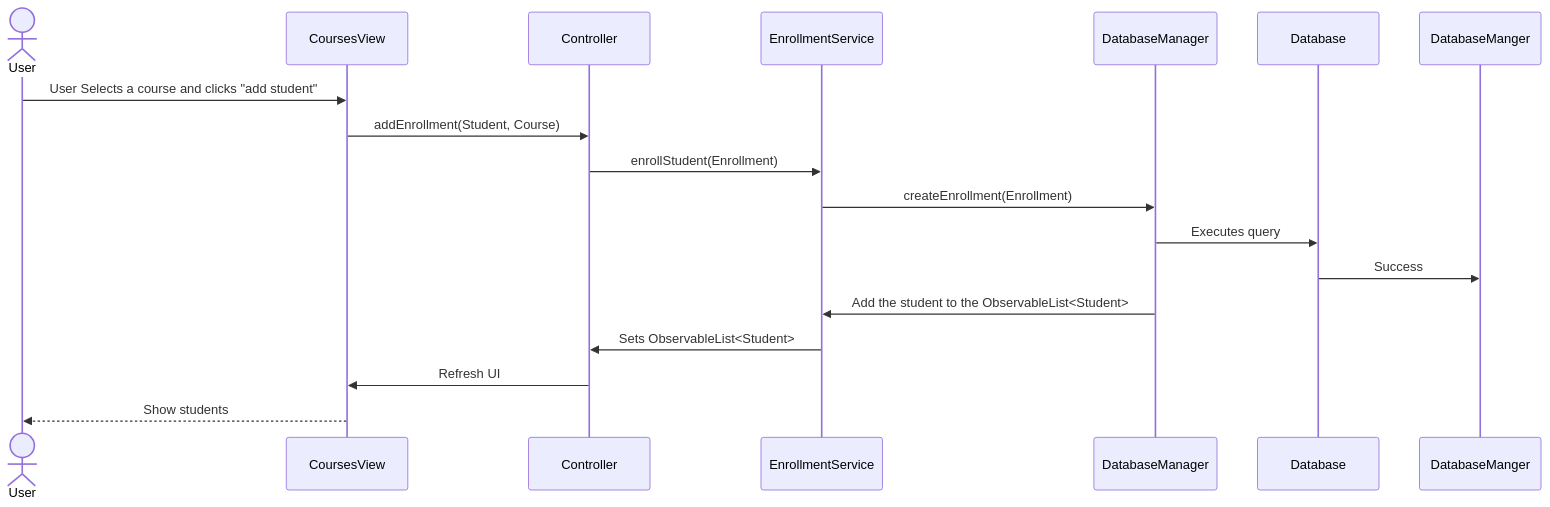
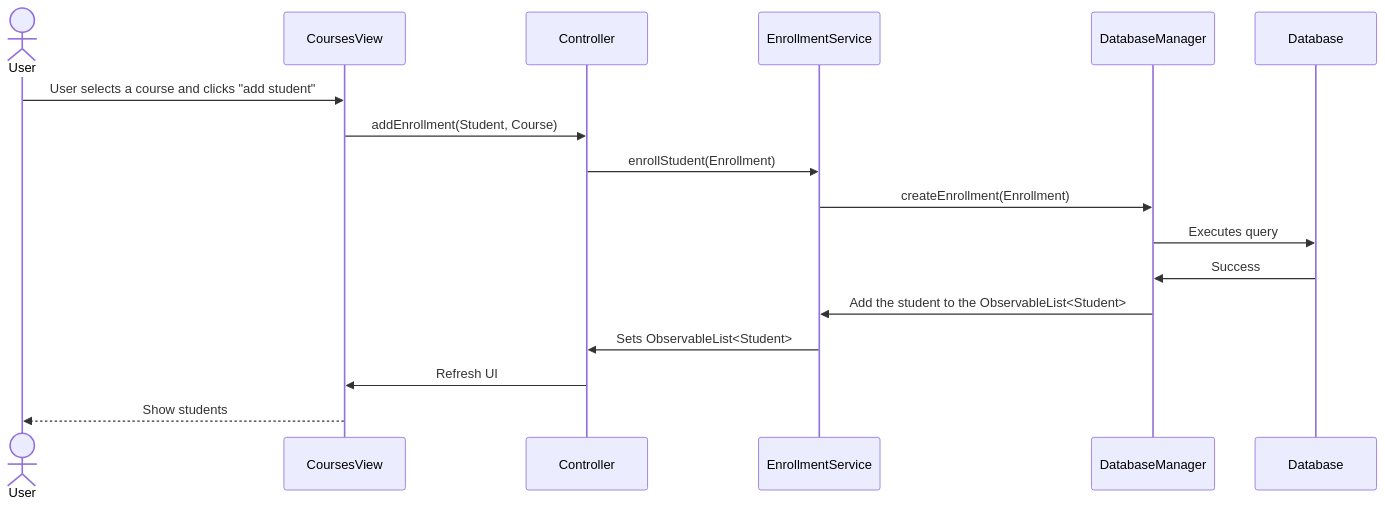
One commit to Darth-218/Student-Grading-System changed the eighth of 10 diagrams in README.md. Above: the diagram before and after it, drawn with Mermaid. The commit also changed other lines of this file, not shown here.

````diff
--- a/README.md
+++ b/README.md
@@ -259,20 +229,15 @@
 ```mermaid
 sequenceDiagram
     actor User
-    participant CoursesView
-    participant Controller
-    participant EnrollmentService
-    participant DatabaseManager
-    participant Database
 
-    User->>CoursesView: User Selects a course and clicks "add student"
+    User->>CoursesView: User selects a course and clicks "add student"
     CoursesView->>Controller: addEnrollment(Student, Course)
     Controller->>EnrollmentService: enrollStudent(Enrollment)
     EnrollmentService->>DatabaseManager: createEnrollment(Enrollment)
     DatabaseManager->>Database: Executes query 
-    Database->>DatabaseManger: Success
+    Database->>DatabaseManager: Success
     DatabaseManager->>EnrollmentService: Add the student to the ObservableList<Student>
     EnrollmentService->>Controller: Sets ObservableList<Student>
     Controller->>CoursesView: Refresh UI
     CoursesView-->>User: Show students
 ```
````
